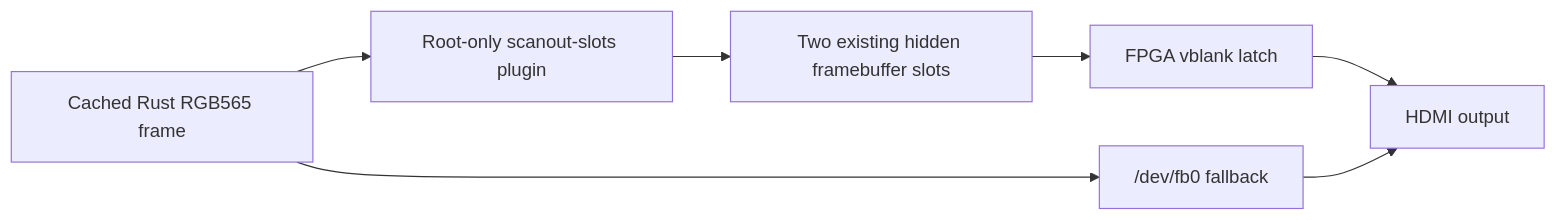
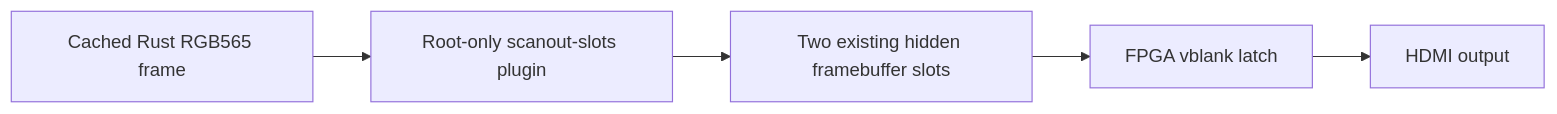
The diagram in documentation/src/content/docs/architecture/kernel-scanout-plugin.mdx (NigelBreslaw/MiSTer-MagiK), drawn with Mermaid before and after one commit. The commit also changed other lines of this file and 12 other files, not shown here.

````diff
--- a/documentation/src/content/docs/architecture/kernel-scanout-plugin.mdx
+++ b/documentation/src/content/docs/architecture/kernel-scanout-plugin.mdx
@@ -20,9 +20,7 @@
 ```mermaid
 flowchart LR
   Rust["Cached Rust RGB565 frame"] --> Plugin["Root-only scanout-slots plugin"]
   Plugin --> Slots["Two existing hidden framebuffer slots"]
   Slots --> Latch["FPGA vblank latch"]
   Latch --> HDMI["HDMI output"]
-  Rust --> Fallback["/dev/fb0 fallback"]
-  Fallback --> HDMI
 ```
````
